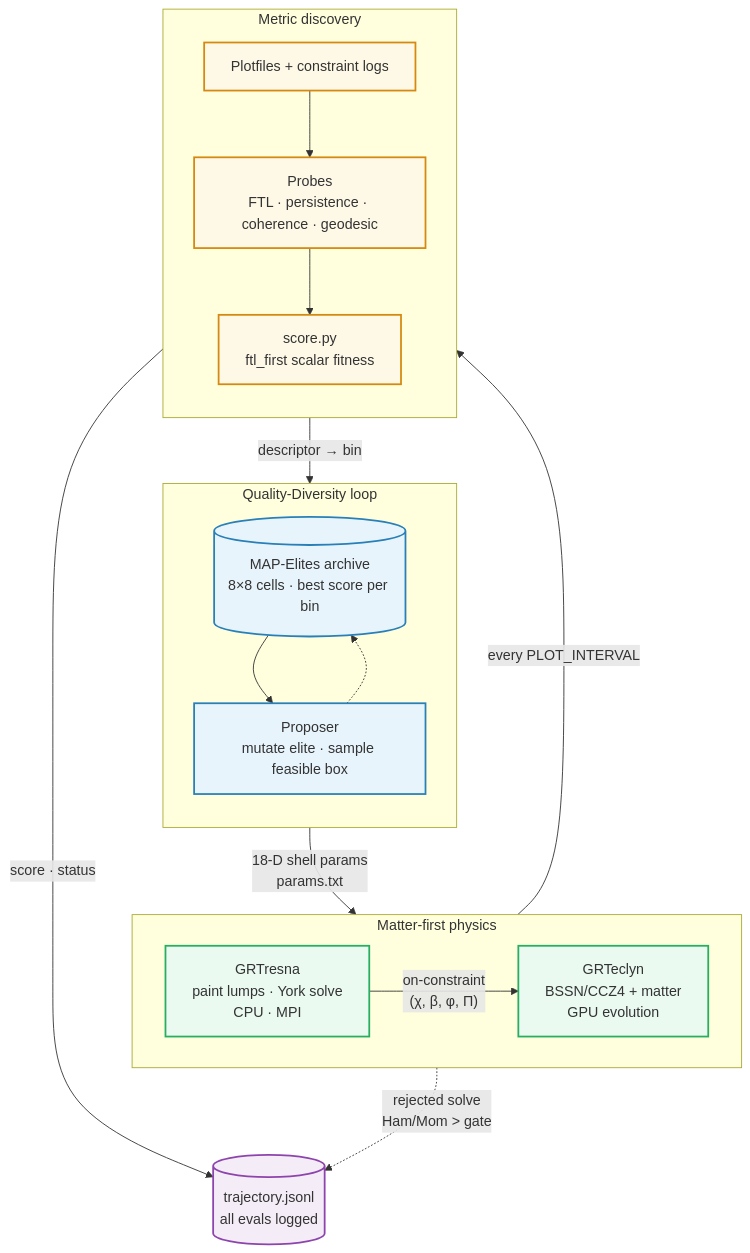
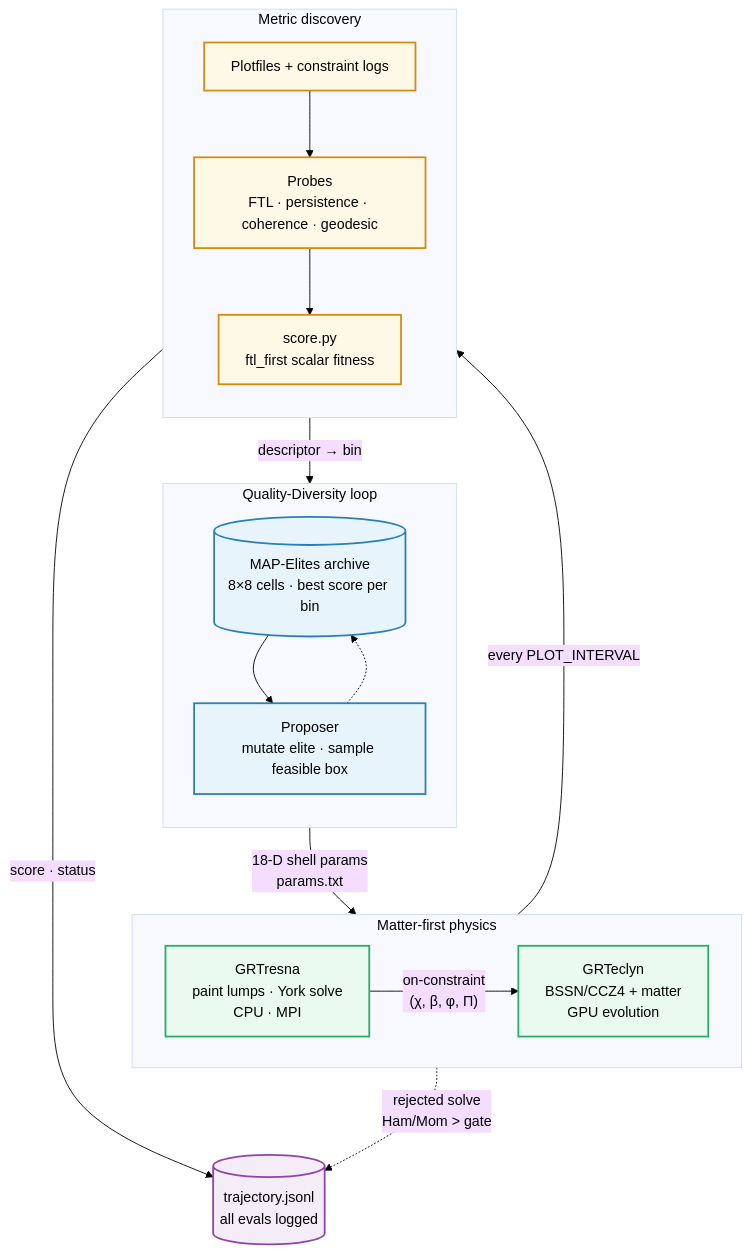
The first of 6 diagrams in research/neuralspacetime/MapElites.md (Nikchik-coder/GRTeclyn), drawn with Mermaid before and after one commit. The commit also changed other lines of this file, not shown here.

Commit message:
fix: diagrams

````diff
--- a/research/neuralspacetime/MapElites.md
+++ b/research/neuralspacetime/MapElites.md
@@ -68,43 +68,44 @@
 ```mermaid
+%%{init: {'theme':'base', 'themeVariables': {'primaryTextColor':'#000','secondaryTextColor':'#000','tertiaryTextColor':'#000','lineColor':'#000','actorTextColor':'#000','signalTextColor':'#000','noteTextColor':'#000','labelTextColor':'#000'}}}%%
 flowchart TB
     subgraph SEARCH["Quality-Diversity loop"]
         direction TB
         ARCHIVE[("MAP-Elites archive<br/>8×8 cells · best score per bin")]
         PROPOSE["Proposer<br/>mutate elite · sample feasible box"]
         ARCHIVE --> PROPOSE
     end
 
     subgraph PHYSICS["Matter-first physics"]
         direction LR
         GRTRESNA["GRTresna<br/>paint lumps · York solve<br/>CPU · MPI"]
         GRTECLYN["GRTeclyn<br/>BSSN/CCZ4 + matter<br/>GPU evolution"]
         GRTRESNA -->|"on-constraint<br/>(χ, β, φ, Π)"| GRTECLYN
     end
 
     subgraph DISCOVERY["Metric discovery"]
         direction TB
         PLOTS["Plotfiles + constraint logs"]
         PROBES["Probes<br/>FTL · persistence · coherence · geodesic"]
         FITNESS["score.py<br/>ftl_first scalar fitness"]
         PLOTS --> PROBES --> FITNESS
     end
 
     LOG[("trajectory.jsonl<br/>all evals logged")]
 
     PROPOSE -->|"18-D shell params<br/>params.txt"| GRTRESNA
     GRTRESNA -.->|"rejected solve<br/>Ham/Mom > gate"| LOG
     GRTECLYN -->|"every PLOT_INTERVAL"| PLOTS
     FITNESS -->|"descriptor → bin"| ARCHIVE
     FITNESS -->|"score · status"| LOG
     PROPOSE -.-> ARCHIVE
 
-    classDef search fill:#e8f4fc,stroke:#2980b9,stroke-width:2px
-    classDef physics fill:#eafaf1,stroke:#27ae60,stroke-width:2px
-    classDef metrics fill:#fef9e7,stroke:#d68910,stroke-width:2px
-    classDef store fill:#f4ecf7,stroke:#8e44ad,stroke-width:2px
+    classDef search fill:#e8f4fc,stroke:#2980b9,stroke-width:2px,color:#000
+    classDef physics fill:#eafaf1,stroke:#27ae60,stroke-width:2px,color:#000
+    classDef metrics fill:#fef9e7,stroke:#d68910,stroke-width:2px,color:#000
+    classDef store fill:#f4ecf7,stroke:#8e44ad,stroke-width:2px,color:#000
 
     class ARCHIVE,PROPOSE search
     class GRTRESNA,GRTECLYN physics
     class PLOTS,PROBES,FITNESS metrics
     class LOG store
 ```
````
